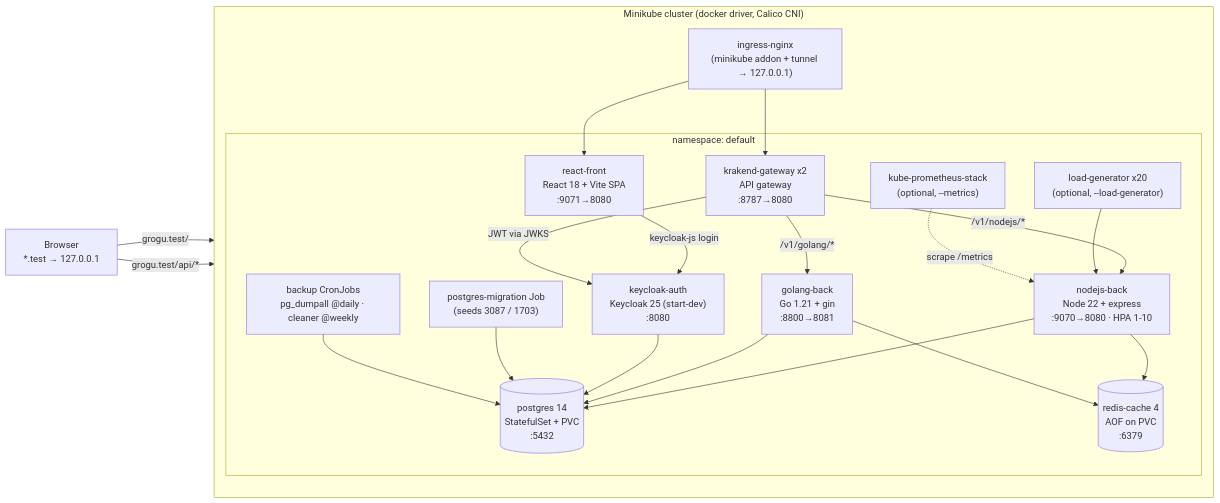
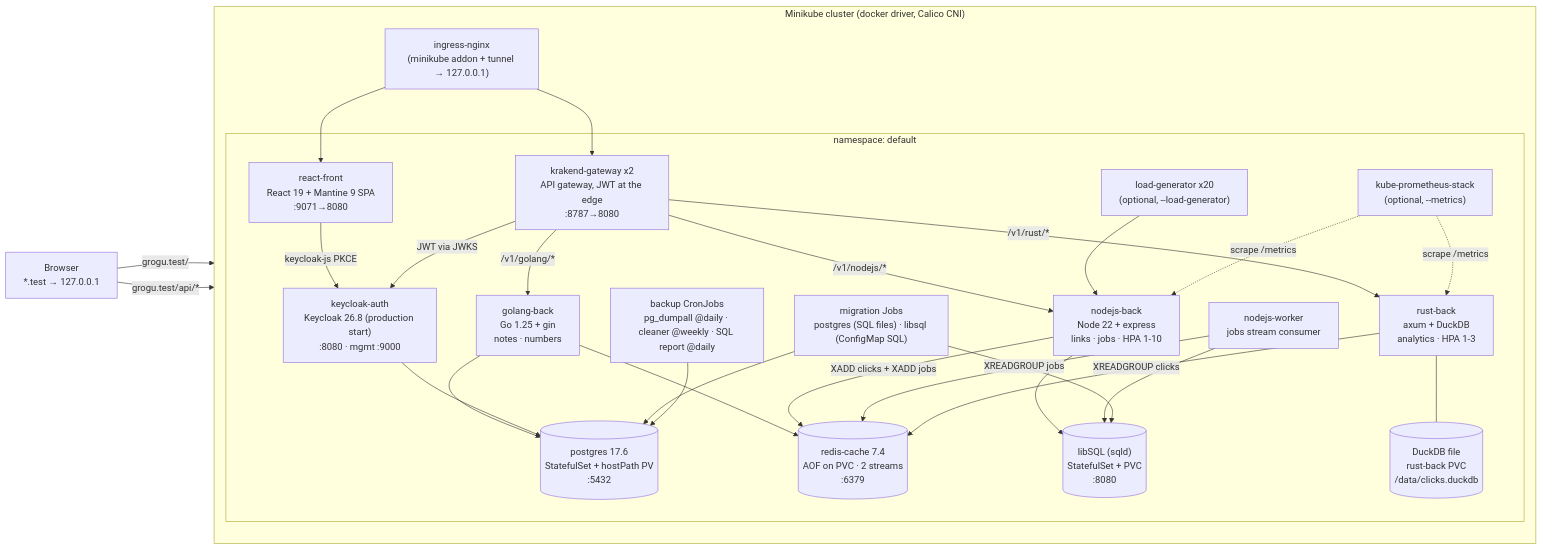
One commit to abc0990cba/k8s-helm-sandbox changed the first of 3 diagrams in docs/ARCHITECTURE.md. Above: the diagram before and after it, drawn with Mermaid. The commit also changed other lines of this file and 3 other files, not shown here.

First line of the commit message:
docs: polyglot architecture rewrite + video demo script

````diff
--- a/docs/ARCHITECTURE.md
+++ b/docs/ARCHITECTURE.md
@@ -7,39 +16,50 @@
 ```mermaid
 flowchart LR
     subgraph cluster["Minikube cluster (docker driver, Calico CNI)"]
         direction TB
         ingress["ingress-nginx<br/>(minikube addon + tunnel → 127.0.0.1)"]
 
         subgraph ns["namespace: default"]
-            front["react-front<br/>React 18 + Vite SPA<br/>:9071→8080"]
-            gateway["krakend-gateway x2<br/>API gateway<br/>:8787→8080"]
-            nodejs["nodejs-back<br/>Node 22 + express<br/>:9070→8080 · HPA 1-10"]
-            golang["golang-back<br/>Go 1.21 + gin<br/>:8800→8081"]
-            keycloak["keycloak-auth<br/>Keycloak 25 (start-dev)<br/>:8080"]
-            postgres[("postgres 14<br/>StatefulSet + PVC<br/>:5432")]
-            redis[("redis-cache 4<br/>AOF on PVC<br/>:6379")]
-            migration["postgres-migration Job<br/>(seeds 3087 / 1703)"]
-            backup["backup CronJobs<br/>pg_dumpall @daily · cleaner @weekly"]
+            front["react-front<br/>React 19 + Mantine 9 SPA<br/>:9071→8080"]
+            gateway["krakend-gateway x2<br/>API gateway, JWT at the edge<br/>:8787→8080"]
+            nodejs["nodejs-back<br/>Node 22 + express<br/>links · jobs · HPA 1-10"]
+            worker["nodejs-worker<br/>jobs stream consumer"]
+            golang["golang-back<br/>Go 1.25 + gin<br/>notes · numbers"]
+            rust["rust-back<br/>axum + DuckDB<br/>analytics · HPA 1-3"]
+            keycloak["keycloak-auth<br/>Keycloak 26.8 (production start)<br/>:8080 · mgmt :9000"]
+            postgres[("postgres 17.6<br/>StatefulSet + hostPath PV<br/>:5432")]
+            libsql[("libSQL (sqld)<br/>StatefulSet + PVC<br/>:8080")]
+            redis[("redis-cache 7.4<br/>AOF on PVC · 2 streams<br/>:6379")]
+            duckdb[("DuckDB file<br/>rust-back PVC<br/>/data/clicks.duckdb")]
+            migrations["migration Jobs<br/>postgres (SQL files) · libsql (ConfigMap SQL)"]
+            backup["backup CronJobs<br/>pg_dumpall @daily · cleaner @weekly · SQL report @daily"]
             loadgen["load-generator x20<br/>(optional, --load-generator)"]
             prom["kube-prometheus-stack<br/>(optional, --metrics)"]
         end
     end
 
     browser["Browser<br/>*.test → 127.0.0.1"]
 
     browser -->|"grogu.test/"| ingress --> front
-    front -->|"keycloak-js login"| keycloak
+    front -->|"keycloak-js PKCE"| keycloak
     browser -->|"grogu.test/api/*"| ingress --> gateway
+    gateway -->|"/v1/golang/*"| golang
     gateway -->|"/v1/nodejs/*"| nodejs
-    gateway -->|"/v1/golang/*"| golang
+    gateway -->|"/v1/rust/*"| rust
     gateway -->|"JWT via JWKS"| keycloak
-    nodejs --> postgres
-    nodejs --> redis
     golang --> postgres
     golang --> redis
+    nodejs --> libsql
+    nodejs -->|XADD clicks + XADD jobs| redis
+    worker -->|XREADGROUP jobs| redis
+    worker --> libsql
+    rust -->|XREADGROUP clicks| redis
+    rust --- duckdb
     keycloak --> postgres
-    migration --> postgres
+    migrations --> postgres
+    migrations --> libsql
     backup --> postgres
     loadgen --> nodejs
     prom -.->|scrape /metrics| nodejs
+    prom -.->|scrape /metrics| rust
 ```
````
